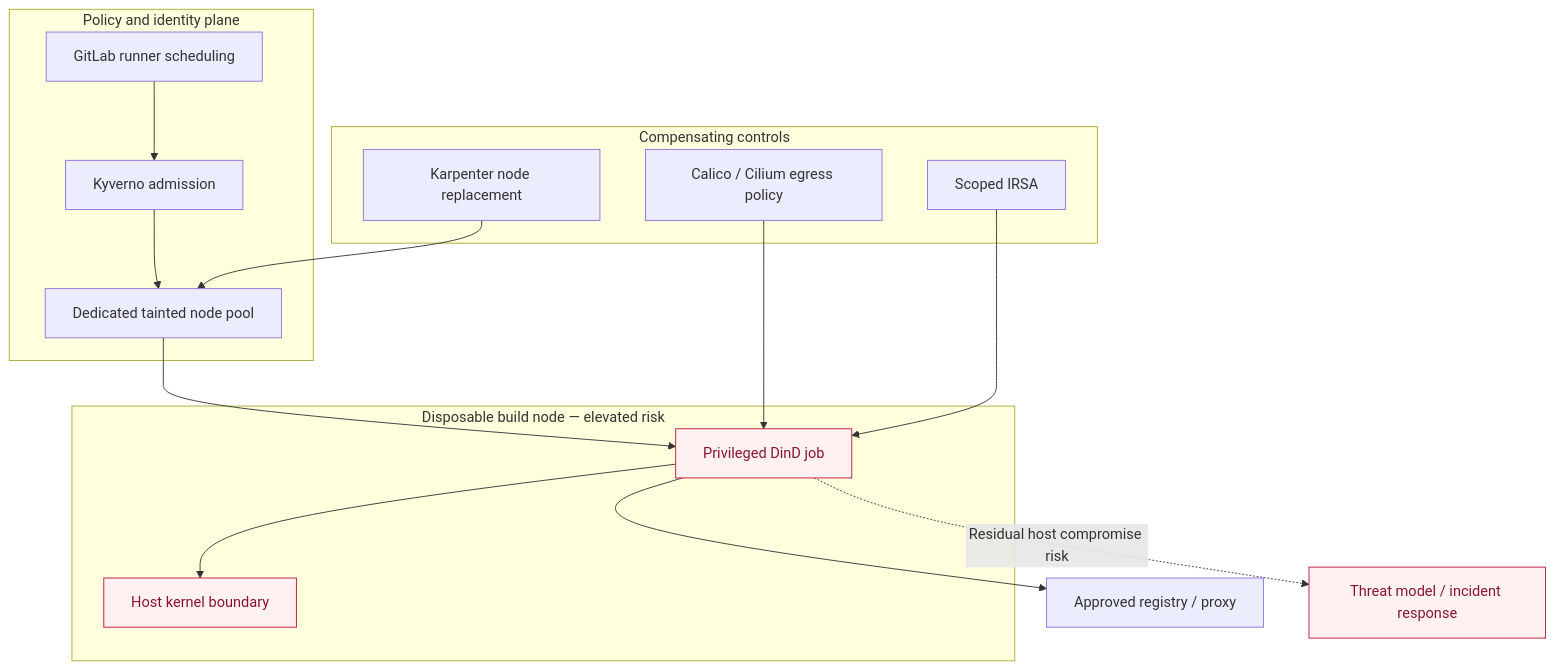
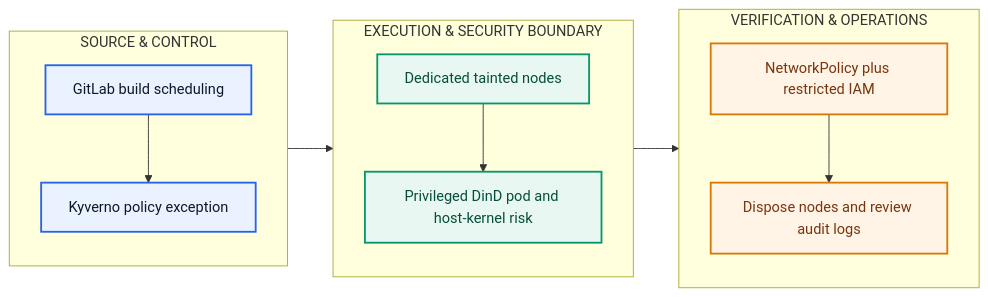
One commit to platform-engineering-labz/platform-engineering changed the diagram in engineering-reference/guides/security/privileged-gitlab-runners/diagram.mmd. Above: the diagram before and after it, drawn with Mermaid. The commit also changed 3 other files, not shown here.

Commit message:
docs: redesign four core architecture diagrams with labeled boundaries

```diff
--- a/engineering-reference/guides/security/privileged-gitlab-runners/diagram.mmd
+++ b/engineering-reference/guides/security/privileged-gitlab-runners/diagram.mmd
@@ -1,18 +1,21 @@
-flowchart TB
-  subgraph CONTROL["Policy and identity plane"]
-    A["GitLab runner scheduling"] --> B["Kyverno admission"]
-    B --> C["Dedicated tainted node pool"]
+flowchart LR
+  subgraph S0["SOURCE & CONTROL"]
+    direction TB
+    N0["GitLab build scheduling"] --> N1["Kyverno policy exception"]
   end
-  subgraph NODE["Disposable build node — elevated risk"]
-    C --> D["Privileged DinD job"]
-    D --> E["Host kernel boundary"]
+  subgraph S1["EXECUTION & SECURITY BOUNDARY"]
+    direction TB
+    N2["Dedicated tainted nodes"] --> N3["Privileged DinD pod and host-kernel risk"]
   end
-  subgraph GUARDS["Compensating controls"]
-    F["Calico / Cilium egress policy"] --> D
-    G["Scoped IRSA"] --> D
-    H["Karpenter node replacement"] --> C
+  N1 --> N2
+  subgraph S2["VERIFICATION & OPERATIONS"]
+    direction TB
+    N4["NetworkPolicy plus restricted IAM"] --> N5["Dispose nodes and review audit logs"]
   end
-  D --> I["Approved registry / proxy"]
-  D -. "Residual host compromise risk" .-> J["Threat model / incident response"]
-  classDef risk fill:#fff1f2,stroke:#be123c,color:#881337
-  class D,E,J risk
+  N3 --> N4
+  classDef blue fill:#EAF2FF,stroke:#2563EB,stroke-width:2px,color:#0F172A
+  classDef green fill:#E8F7F1,stroke:#059669,stroke-width:2px,color:#064E3B
+  classDef amber fill:#FFF4E5,stroke:#D97706,stroke-width:2px,color:#78350F
+  class N0,N1 blue
+  class N2,N3 green
+  class N4,N5 amber
```
